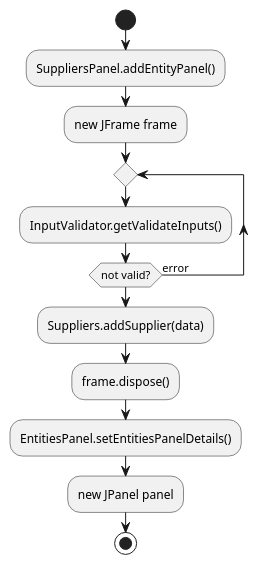
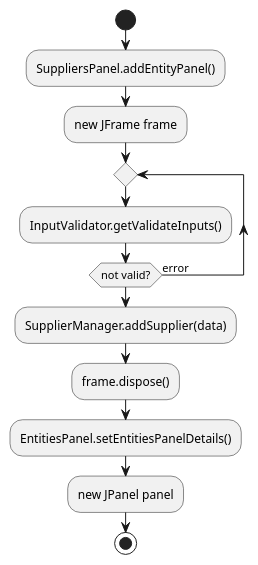
The diagram in uml/create-supplier.puml (achille1789/wms-bnu-ltd), drawn with PlantUML before and after one commit. The commit also changed 3 other files, not shown here.

Commit message:
add activity diagrams

```diff
--- a/uml/create-supplier.puml
+++ b/uml/create-supplier.puml
@@ -1,20 +1,19 @@
 @startuml
-'https://plantuml.com/activity-diagram-beta
 
 start
 
 :SuppliersPanel.addEntityPanel();
 :new JFrame frame;
 
 repeat
   :InputValidator.getValidateInputs();
 repeat while (not valid?) is (error)
 
-:Suppliers.addSupplier(data);
+:SupplierManager.addSupplier(data);
 :frame.dispose();
 :EntitiesPanel.setEntitiesPanelDetails();
 :new JPanel panel;
 
 stop
 
 @enduml
```
